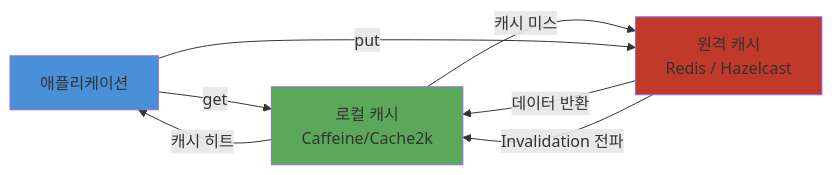
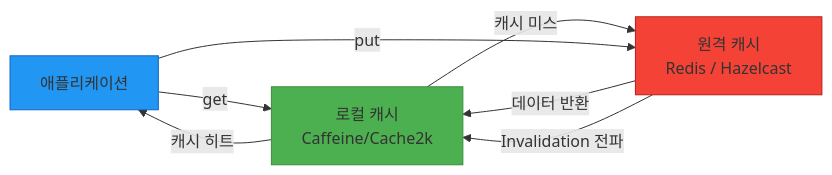
One commit to bluetape4k/bluetape4k-projects changed the third of 3 diagrams in infra/cache/README.md. Above: the diagram before and after it, drawn with Mermaid. The commit also changed other lines of this file and 28 other files, not shown here.

First line of the commit message:
docs: 전체 모듈 README 색상 Mermaid UML 다이어그램 추가 완료

````diff
--- a/infra/cache/README.md
+++ b/infra/cache/README.md
@@ -117,13 +191,13 @@
 ```mermaid
 flowchart LR
     App[애플리케이션] -->|get| LocalCache[로컬 캐시<br/>Caffeine/Cache2k]
     LocalCache -->|캐시 히트| App
     LocalCache -->|캐시 미스| RemoteCache[원격 캐시<br/>Redis / Hazelcast]
     RemoteCache -->|데이터 반환| LocalCache
     App -->|put| RemoteCache
     RemoteCache -->|Invalidation 전파| LocalCache
 
-    style LocalCache fill:#5ba85a
-    style RemoteCache fill:#c0392b
-    style App fill:#4a90d9
+    style LocalCache fill:#4CAF50,stroke:#388E3C
+    style RemoteCache fill:#F44336,stroke:#B71C1C
+    style App fill:#2196F3,stroke:#1565C0
 ```
````
